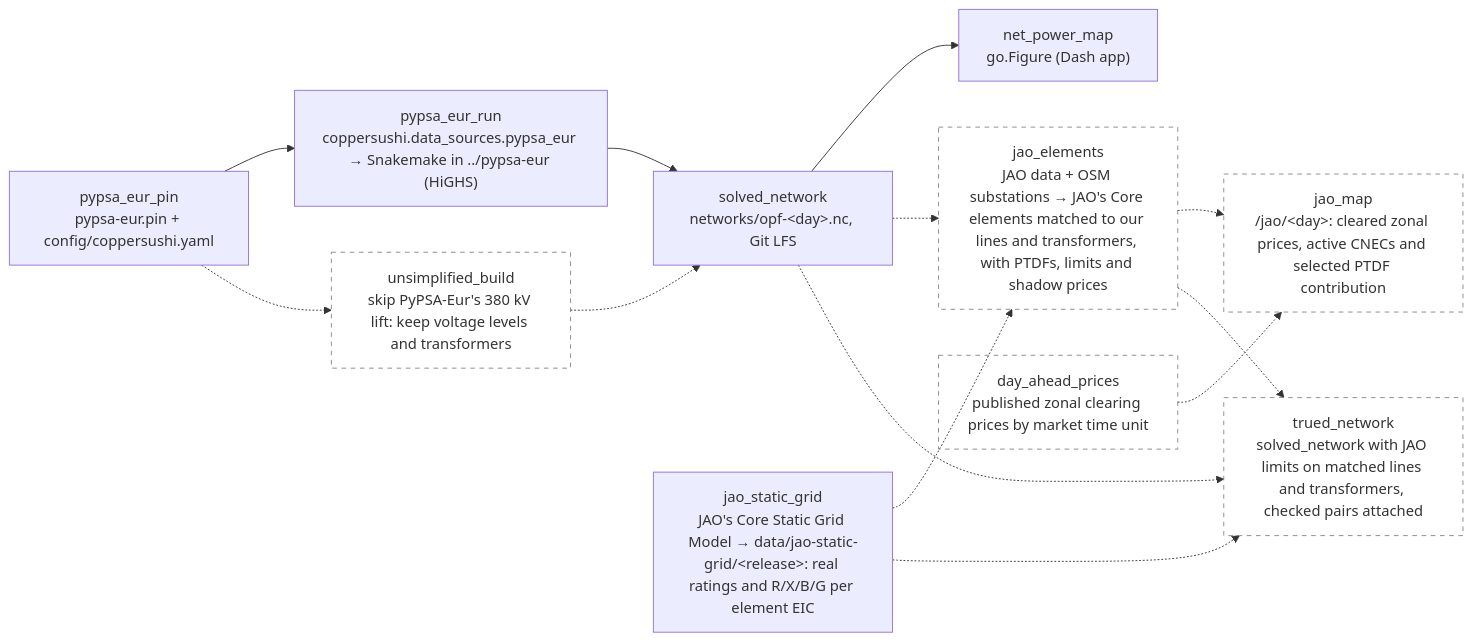
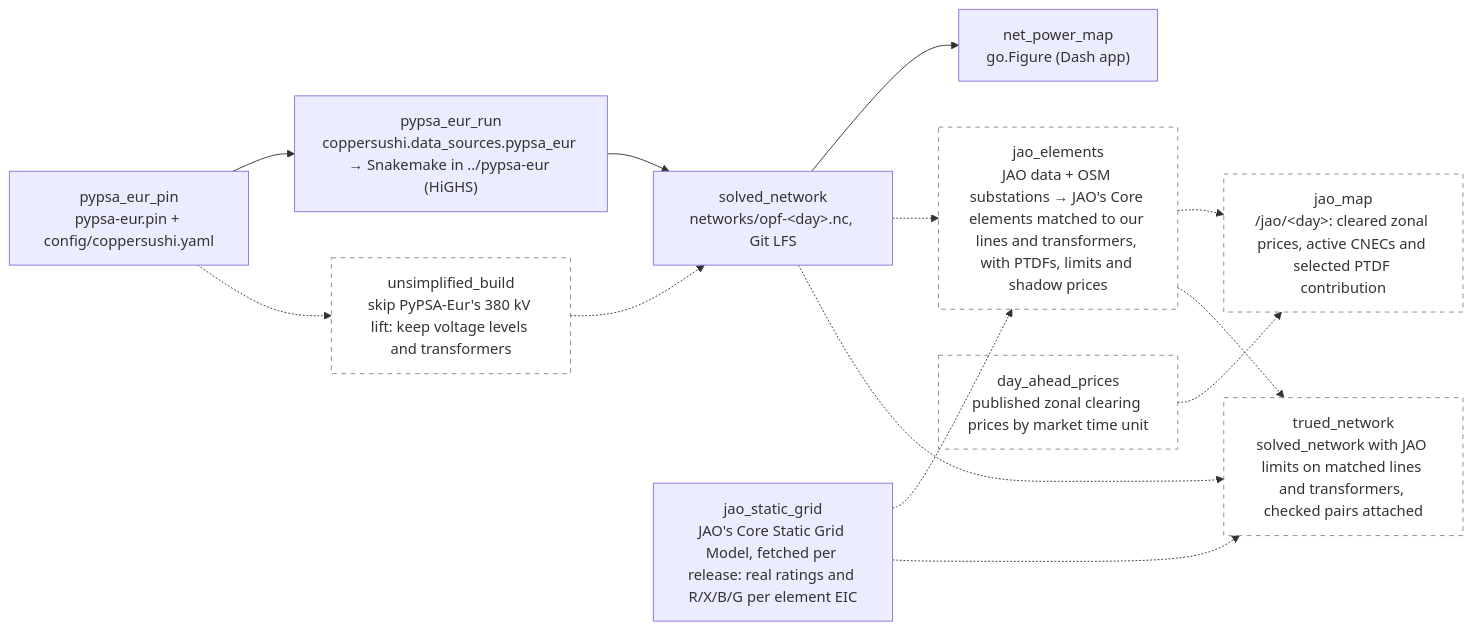
Before and after one commit to zoltanmaric/coppersushi: the diagram in wiki/sushi-2.md, drawn with Mermaid. The commit also changed 11 other files, not shown here.

````diff
--- a/wiki/sushi-2.md
+++ b/wiki/sushi-2.md
@@ -16,31 +16,31 @@
 ```mermaid
 flowchart LR
     classDef planned stroke-dasharray: 5 5,stroke:#888,fill:none
 
     net_power_map["net_power_map<br/>go.Figure (Dash app)"]
 
     pypsa_eur_pin["pypsa_eur_pin<br/>pypsa-eur.pin + config/coppersushi.yaml"]
     pypsa_eur_run["pypsa_eur_run<br/>coppersushi.data_sources.pypsa_eur → Snakemake in ../pypsa-eur (HiGHS)"]
     solved_network["solved_network<br/>networks/opf-&lt;day&gt;.nc, Git LFS"]
 
-    jao_static_grid["jao_static_grid<br/>JAO's Core Static Grid Model → data/jao-static-grid/&lt;release&gt;: real ratings and R/X/B/G per element EIC"]
+    jao_static_grid["jao_static_grid<br/>JAO's Core Static Grid Model, fetched per release: real ratings and R/X/B/G per element EIC"]
 
     unsimplified["unsimplified_build<br/>skip PyPSA-Eur's 380 kV lift: keep voltage levels and transformers"]:::planned
     jao_elements["jao_elements<br/>JAO data + OSM substations → JAO's Core elements matched to our lines and transformers, with PTDFs, limits and shadow prices"]:::planned
     day_ahead_prices["day_ahead_prices<br/>published zonal clearing prices by market time unit"]:::planned
     jao_map["jao_map<br/>/jao/&lt;day&gt;: cleared zonal prices, active CNECs and selected PTDF contribution"]:::planned
     trued_network["trued_network<br/>solved_network with JAO limits on matched lines and transformers, checked pairs attached"]:::planned
 
     pypsa_eur_pin --> pypsa_eur_run
     pypsa_eur_pin -.-> unsimplified
     unsimplified -.-> solved_network
     pypsa_eur_run --> solved_network
     solved_network --> net_power_map
     solved_network -.-> jao_elements
     jao_static_grid -.-> jao_elements
     jao_static_grid -.-> trued_network
     jao_elements -.-> jao_map
     day_ahead_prices -.-> jao_map
     jao_elements -.-> trued_network
     solved_network -.-> trued_network
 ```
````
